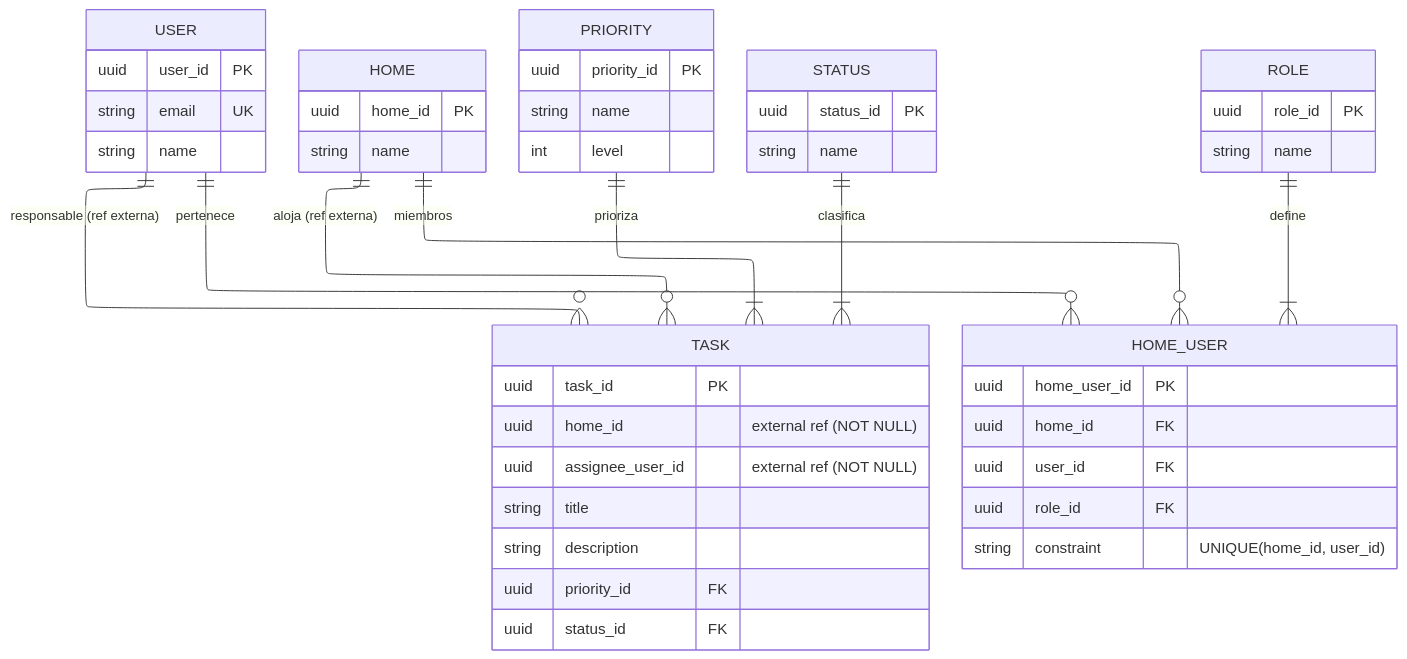
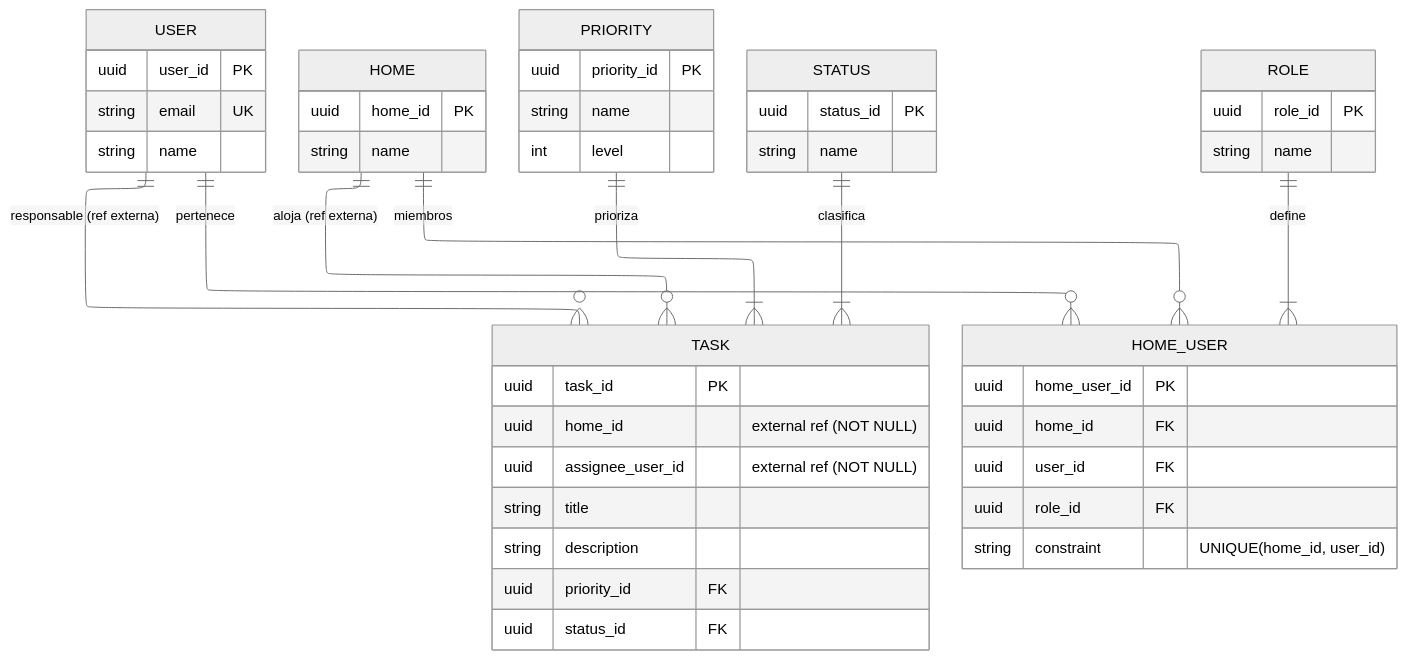
One commit to JARABRAMA/bases-datos changed the diagram in README.md. Above: the diagram before and after it, drawn with Mermaid.

Commit message:
docs: update mermaid diagram theme to neutral

````diff
--- a/README.md
+++ b/README.md
@@ -123,65 +123,65 @@
 ```mermaid
 ---
 config:
   layout: elk
-  theme: default
+  theme: neutral
 ---
 erDiagram
     %% --- RELACIONES DOCUMENTALES (Integridad Lógica / Cross-Service) ---
     USER ||--o{ TASK : "responsable (ref externa)"
     HOME ||--o{ TASK : "aloja (ref externa)"
     
     %% --- RELACIONES FÍSICAS (Integridad Referencial de BD local) ---
     PRIORITY ||--|{ TASK : "prioriza"
     STATUS ||--|{ TASK : "clasifica"
 
     %% --- RELACIONES FÍSICAS (Dominio Auth/Home) ---
     USER ||--o{ HOME_USER : "pertenece"
     HOME ||--o{ HOME_USER : "miembros"
     ROLE ||--|{ HOME_USER : "define"
 
     USER {
         uuid user_id PK
         string email UK
         string name
     }
 
     HOME {
         uuid home_id PK
         string name
     }
 
     HOME_USER {
         uuid home_user_id PK
         uuid home_id FK
         uuid user_id FK
         uuid role_id FK
         string constraint "UNIQUE(home_id, user_id)"
     }
 
     TASK {
         uuid task_id PK
         uuid home_id "external ref (NOT NULL)"
         uuid assignee_user_id "external ref (NOT NULL)"
         string title
         string description
         uuid priority_id FK
         uuid status_id FK
     }
 
     PRIORITY {
         uuid priority_id PK
         string name
         int level
     }
 
     STATUS {
         uuid status_id PK
         string name
     }
 
     ROLE {
         uuid role_id PK
         string name
     }
 ```
````
